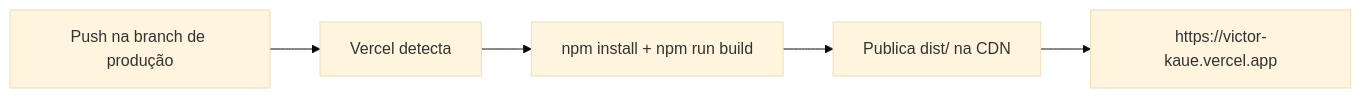
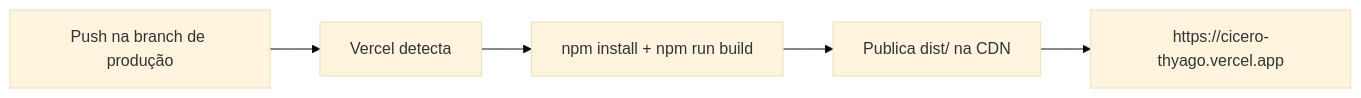
Before and after one commit to thyagoo-dev/my-portfolio-ct: the fifth of 5 diagrams in README.md, drawn with Mermaid (base theme). The commit also changed other lines of this file and 151 other files, not shown here.

````diff
--- a/README.md
+++ b/README.md
@@ -406,7 +406,7 @@
 ```mermaid
 flowchart LR
     Dev["Push na branch de produção"] --> V["Vercel detecta"]
     V --> B["npm install + npm run build"]
     B --> P["Publica dist/ na CDN"]
-    P --> URL["https://victor-kaue.vercel.app"]
+    P --> URL["https://cicero-thyago.vercel.app"]
 ```
````
